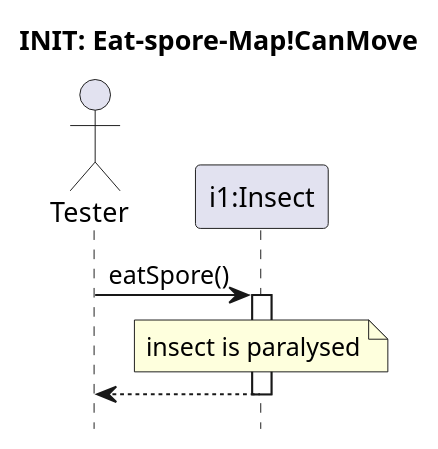
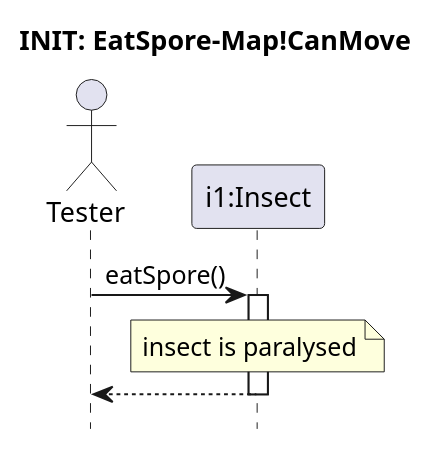
The diagram in Skeleton/Eat-spore/!can-move.pu (ZD4ve/projlab-error521), drawn with PlantUML before and after one commit. The commit also changed 4 other files, not shown here.

```diff
--- a/Skeleton/Eat-spore/!can-move.pu
+++ b/Skeleton/Eat-spore/!can-move.pu
@@ -1,13 +1,13 @@
 @startuml Insect-chew-mycelium/!can-move
 hide footbox
-title INIT: Eat-spore-Map!CanMove
+title INIT: EatSpore-Map!CanMove
 
 actor Tester as S
 participant "i1:Insect" as i1
 
 S -> i1 : eatSpore()
 activate i1
 note over i1 : insect is paralysed
 return
 
 @enduml
```
